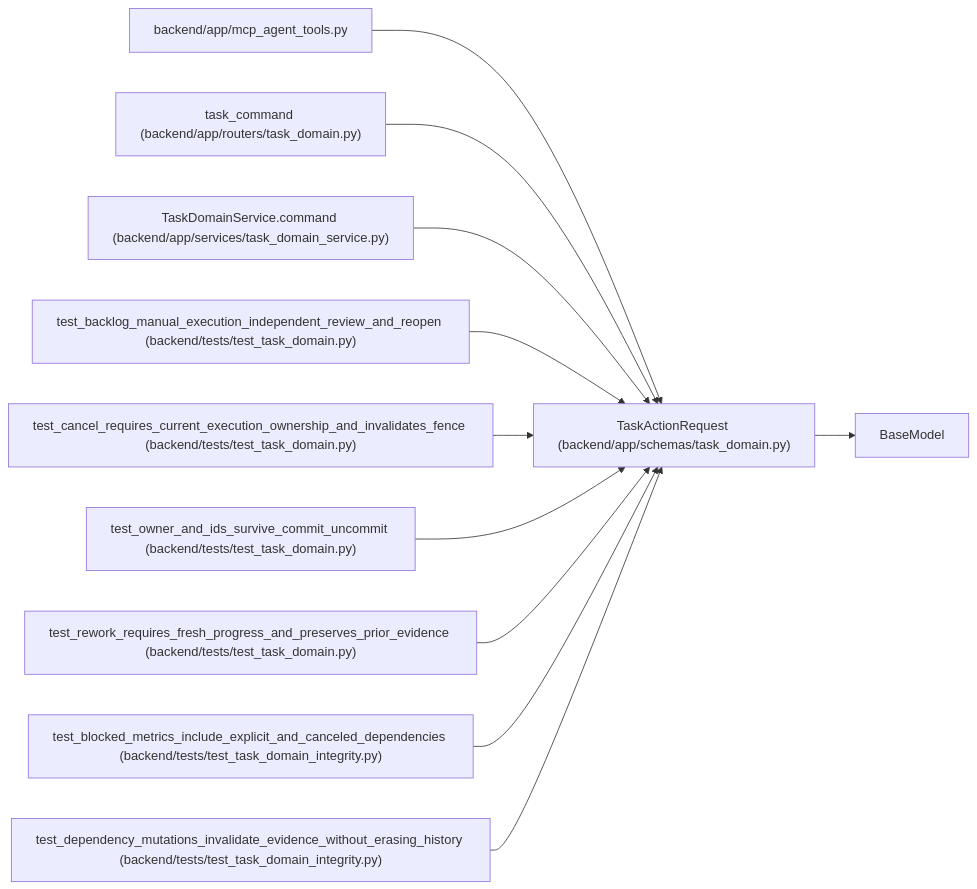
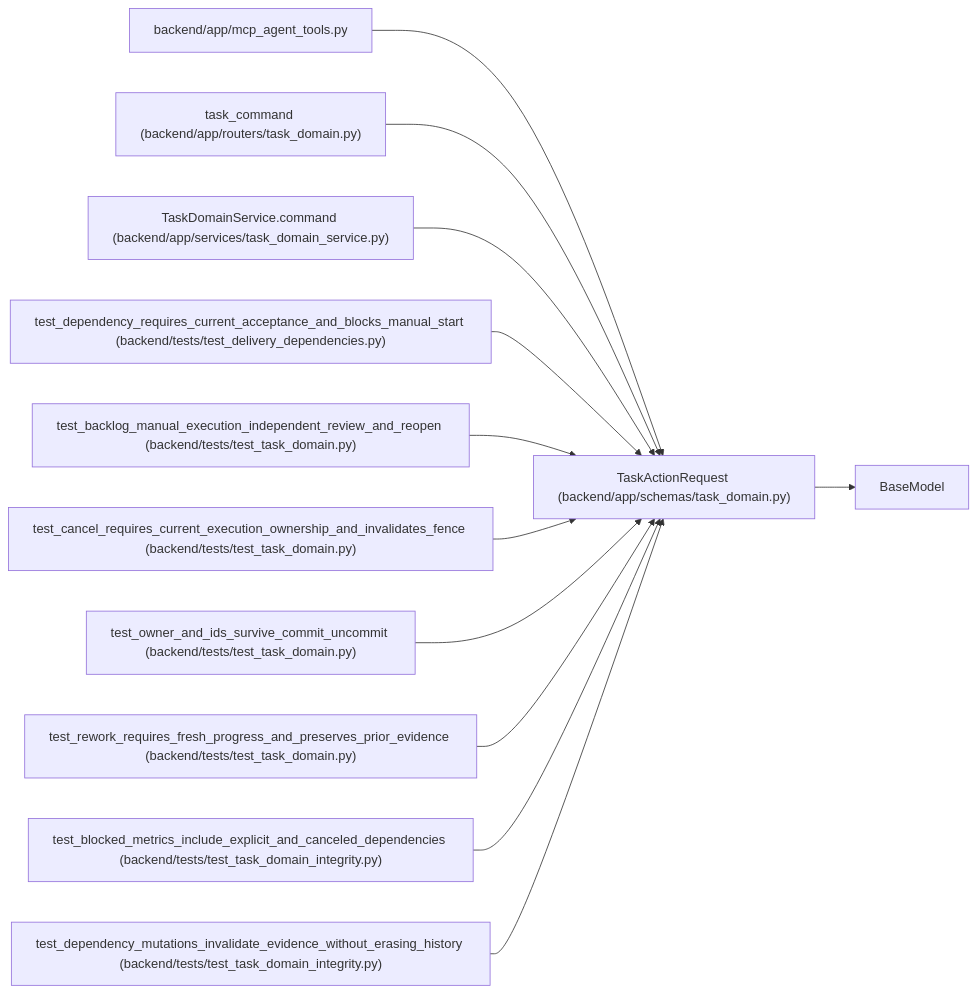
Before and after one commit to Denissvgn/WorkChord: the diagram in docs/llm_wiki/entities/TaskActionRequest.md, drawn with Mermaid. The commit also changed other lines of this file and 1888 other files, not shown here.

````diff
--- a/docs/llm_wiki/entities/TaskActionRequest.md
+++ b/docs/llm_wiki/entities/TaskActionRequest.md
@@ -46,34 +46,37 @@
 ```mermaid
 flowchart LR
     n0["TaskActionRequest (backend/app/schemas/task_domain.py)"]
     n1["BaseModel"]
     n2["backend/app/mcp_agent_tools.py"]
     n3["task_command (backend/app/routers/task_domain.py)"]
     n4["TaskDomainService.command (backend/app/services/task_domain_service.py)"]
-    n5["test_backlog_manual_execution_independent_review_and_reopen (backend/tests/test_task_domain.py)"]
-    n6["test_cancel_requires_current_execution_ownership_and_invalidates_fence (backend/tests/test_task_domain.py)"]
-    n7["test_owner_and_ids_survive_commit_uncommit (backend/tests/test_task_domain.py)"]
-    n8["test_rework_requires_fresh_progress_and_preserves_prior_evidence (backend/tests/test_task_domain.py)"]
-    n9["test_blocked_metrics_include_explicit_and_canceled_dependencies (backend/tests/test_task_domain_integrity.py)"]
-    n10["test_dependency_mutations_invalidate_evidence_without_erasing_history (backend/tests/test_task_domain_integrity.py)"]
+    n5["test_dependency_requires_current_acceptance_and_blocks_manual_start (backend/tests/test_delivery_dependencies.py)"]
+    n6["test_backlog_manual_execution_independent_review_and_reopen (backend/tests/test_task_domain.py)"]
+    n7["test_cancel_requires_current_execution_ownership_and_invalidates_fence (backend/tests/test_task_domain.py)"]
+    n8["test_owner_and_ids_survive_commit_uncommit (backend/tests/test_task_domain.py)"]
+    n9["test_rework_requires_fresh_progress_and_preserves_prior_evidence (backend/tests/test_task_domain.py)"]
+    n10["test_blocked_metrics_include_explicit_and_canceled_dependencies (backend/tests/test_task_domain_integrity.py)"]
+    n11["test_dependency_mutations_invalidate_evidence_without_erasing_history (backend/tests/test_task_domain_integrity.py)"]
     n0 --> n1
     n2 --> n0
     n3 --> n0
     n4 --> n0
     n5 --> n0
     n6 --> n0
     n7 --> n0
     n8 --> n0
     n9 --> n0
     n10 --> n0
+    n11 --> n0
     click n0 "../modules/schemas_task_domain.md"
     click n2 "../modules/mcp_agent_tools.md"
     click n3 "../modules/routers_task_domain.md"
     click n4 "../modules/task_domain_service.md"
-    click n5 "../modules/test_task_domain.md"
+    click n5 "../modules/test_delivery_dependencies.md"
     click n6 "../modules/test_task_domain.md"
     click n7 "../modules/test_task_domain.md"
     click n8 "../modules/test_task_domain.md"
-    click n9 "../modules/test_task_domain_integrity.md"
+    click n9 "../modules/test_task_domain.md"
     click n10 "../modules/test_task_domain_integrity.md"
+    click n11 "../modules/test_task_domain_integrity.md"
 ```
````
